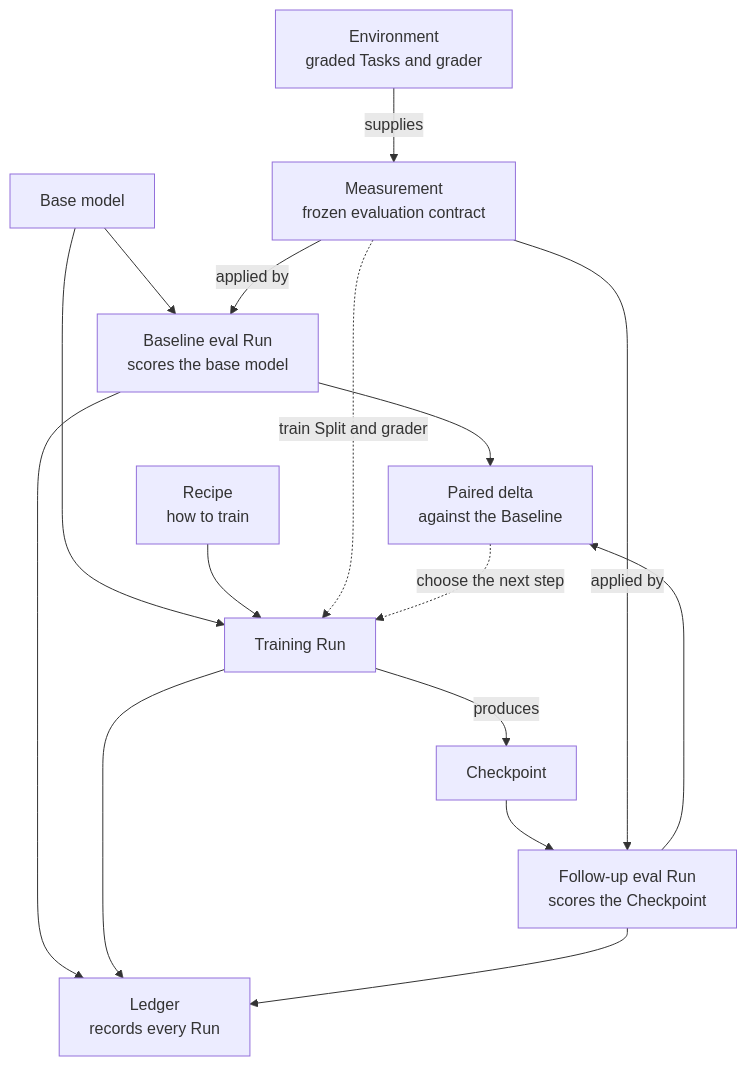
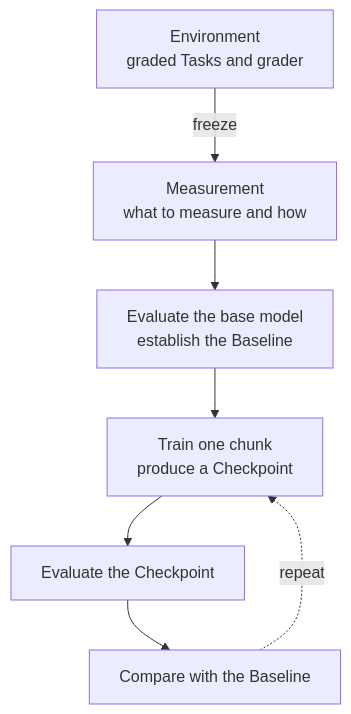
Before and after one commit to Monte-Inc/internal-monte-platform-docs: the diagram in index.mdx, drawn with Mermaid. The commit also changed other lines of this file, not shown here.

Commit message:
docs: simplify introduction loop diagram

````diff
--- a/index.mdx
+++ b/index.mdx
@@ -24,29 +24,16 @@
 ```mermaid actions={false}
 flowchart TD
     ENV["Environment<br/>graded Tasks and grader"]
-    M["Measurement<br/>frozen evaluation contract"]
-    BASE["Base model"]
-    RECIPE["Recipe<br/>how to train"]
-    B["Baseline eval Run<br/>scores the base model"]
-    T["Training Run"]
-    CP["Checkpoint"]
-    E["Follow-up eval Run<br/>scores the Checkpoint"]
-    D["Paired delta<br/>against the Baseline"]
-    L["Ledger<br/>records every Run"]
+    M["Measurement<br/>what to measure and how"]
+    B["Evaluate the base model<br/>establish the Baseline"]
+    T["Train one chunk<br/>produce a Checkpoint"]
+    E["Evaluate the Checkpoint"]
+    D["Compare with the Baseline"]
 
-    ENV -->|"supplies"| M
-    BASE --> B
-    M -->|"applied by"| B
-    BASE --> T
-    RECIPE --> T
-    M -. "train Split and grader" .-> T
-    T -->|"produces"| CP
-    CP --> E
-    M -->|"applied by"| E
-    B --> D
+    ENV -->|"freeze"| M
+    M --> B
+    B --> T
+    T --> E
     E --> D
-    D -. "choose the next step" .-> T
-    B --> L
-    T --> L
-    E --> L
+    D -. "repeat" .-> T
 ```
````
